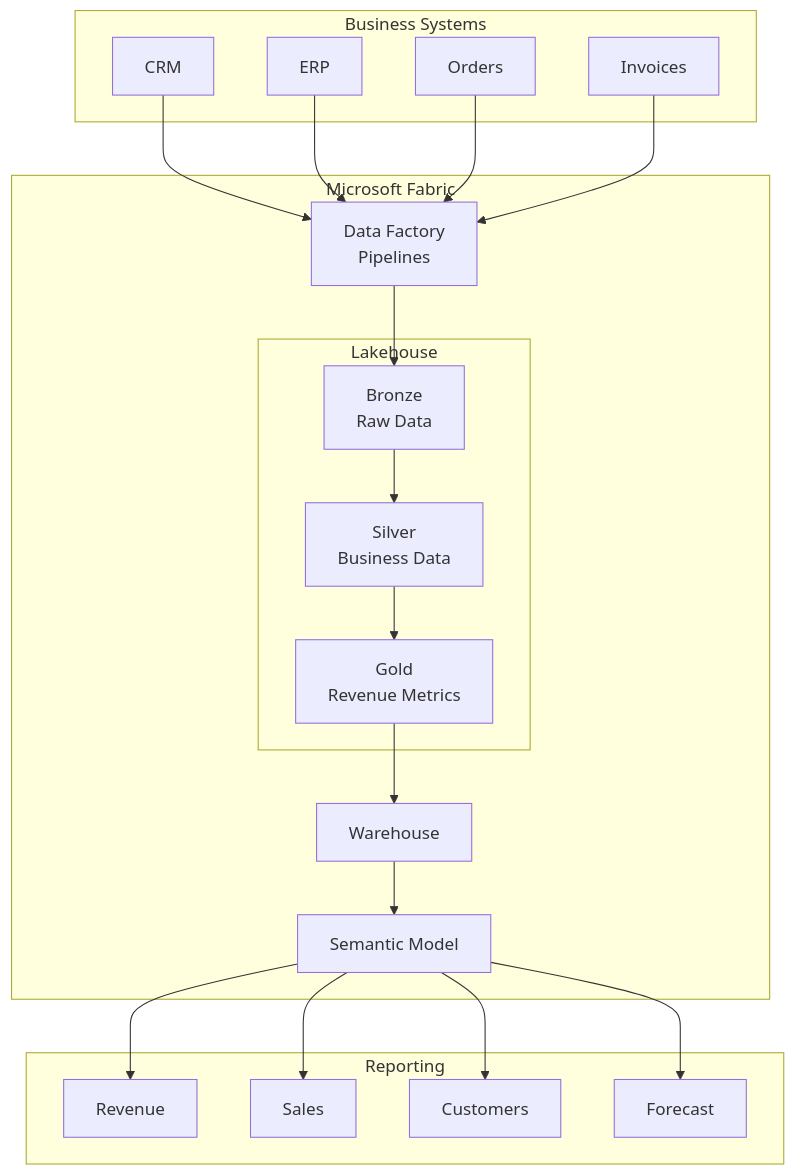
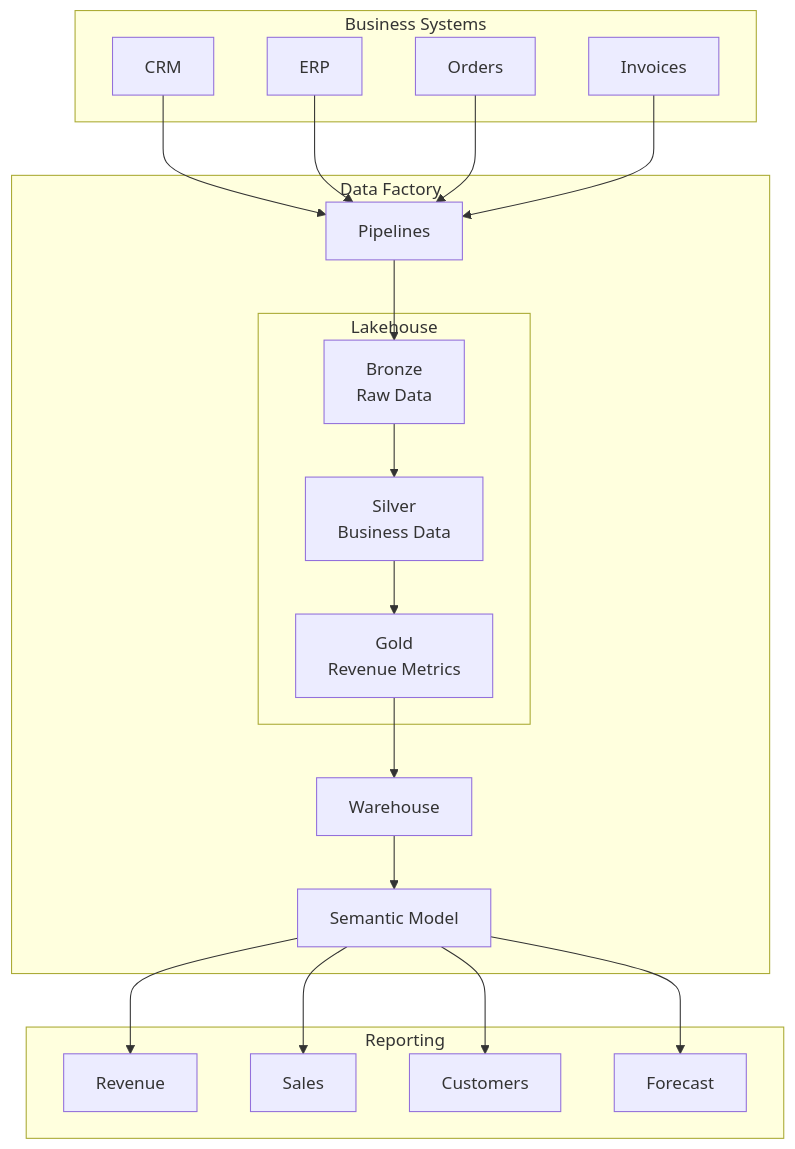
One commit to Solveright/Revenue-Visibility changed the diagram in README.md. Above: the diagram before and after it, drawn with Mermaid.

````diff
--- a/README.md
+++ b/README.md
@@ -16,47 +16,47 @@
 ```mermaid
 flowchart TB
 
     subgraph Sources["Business Systems"]
         CRM["CRM"]
         ERP["ERP"]
         Orders["Orders"]
         Invoices["Invoices"]
     end
 
-    subgraph Fabric["Microsoft Fabric"]
-        DF["Data Factory<br/>Pipelines"]
+    subgraph Data Factory["Data Factory"]
+        DF["Pipelines"]
 
         subgraph Lakehouse["Lakehouse"]
             Bronze["Bronze<br/>Raw Data"]
             Silver["Silver<br/>Business Data"]
             Gold["Gold<br/>Revenue Metrics"]
         end
 
         WH["Warehouse"]
         SM["Semantic Model"]
     end
 
     subgraph Reporting["Reporting"]
         Revenue["Revenue"]
         Sales["Sales"]
         Customer["Customers"]
         Forecast["Forecast"]
     end
 
     CRM --> DF
     ERP --> DF
     Orders --> DF
     Invoices --> DF
 
     DF --> Bronze
     Bronze --> Silver
     Silver --> Gold
 
     Gold --> WH
     WH --> SM
 
     SM --> Revenue
     SM --> Sales
     SM --> Customer
     SM --> Forecast
 ```
````
